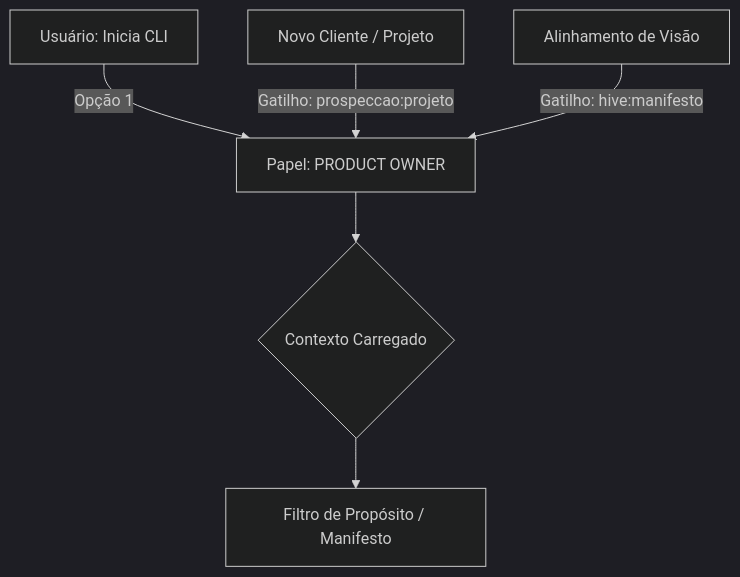
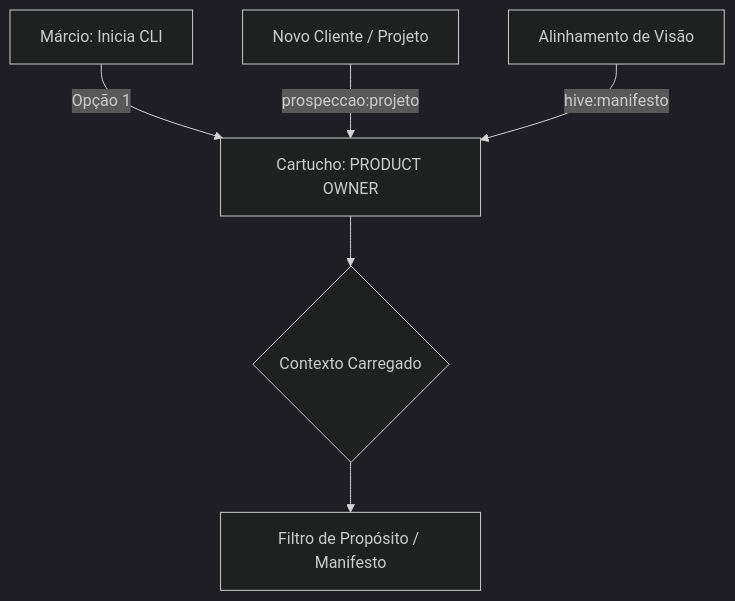
One commit to marcio012/hive changed the diagram in beehive/roles/po.md. Above: the diagram before and after it, drawn with Mermaid (dark theme). The commit also changed other lines of this file and 6 other files, not shown here.

````diff
--- a/beehive/roles/po.md
+++ b/beehive/roles/po.md
@@ -9,8 +14,8 @@
 ```mermaid
 flowchart TD
-    A["Usuário: Inicia CLI"] -->|"Opção 1"| B[Papel: PRODUCT OWNER]
-    D["Novo Cliente / Projeto"] -->|Gatilho: prospeccao:projeto| B
-    E["Alinhamento de Visão"] -->|Gatilho: hive:manifesto| B
+    A["Márcio: Inicia CLI"] -->|"Opção 1"| B[Cartucho: PRODUCT OWNER]
+    D["Novo Cliente / Projeto"] -->|"prospeccao:projeto"| B
+    E["Alinhamento de Visão"] -->|"hive:manifesto"| B
     B --> F{Contexto Carregado}
     F --> G["Filtro de Propósito / Manifesto"]
 ```
````
